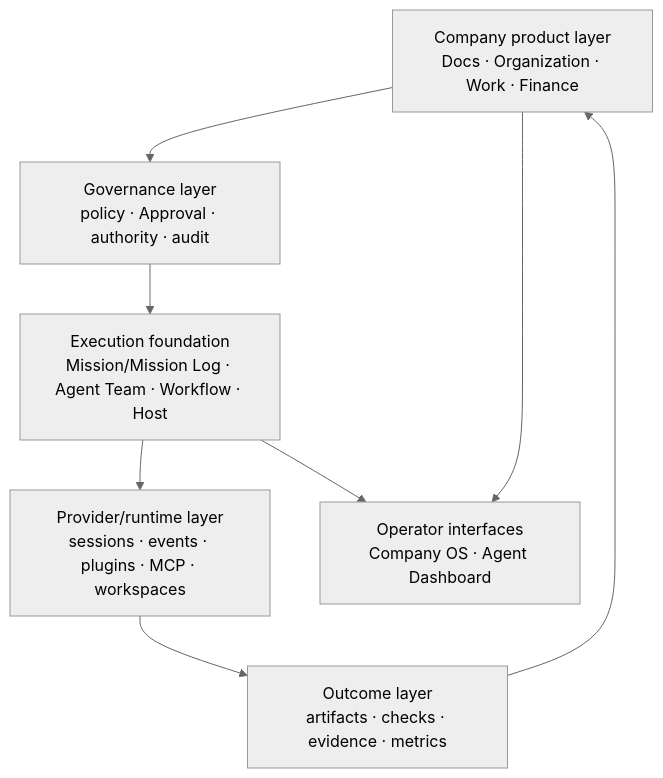
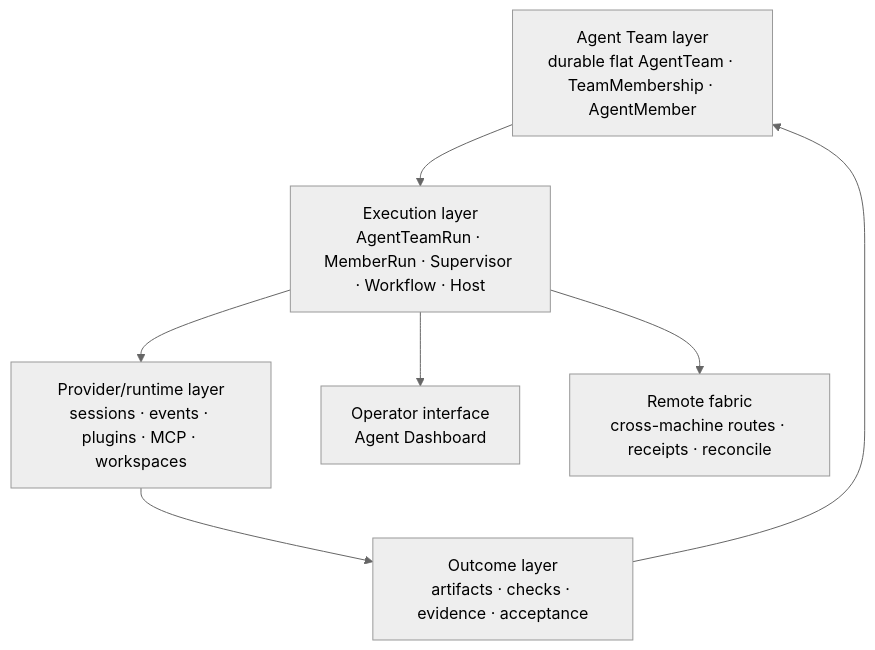
One commit to cyl19970726/multi-agent-harness changed the diagram in docs/current/architecture/design-basis.md. Above: the diagram before and after it, drawn with Mermaid (neutral theme). The commit also changed other lines of this file and 34 other files, not shown here.

First line of the commit message:
docs: finish the DOC-108 prose retirement across product, architecture, and operations docs

````diff
--- a/docs/current/architecture/design-basis.md
+++ b/docs/current/architecture/design-basis.md
@@ -43,17 +43,16 @@
 ```mermaid
 flowchart TD
-  Product["Company product layer<br/>Docs · Organization · Work · Finance"]
-  Governance["Governance layer<br/>policy · Approval · authority · audit"]
-  Execution["Execution foundation<br/>Mission/Mission Log · Agent Team · Workflow · Host"]
+  Teams["Agent Team layer<br/>durable flat AgentTeam · TeamMembership · AgentMember"]
+  Execution["Execution layer<br/>AgentTeamRun · MemberRun · Supervisor · Workflow · Host"]
   Runtime["Provider/runtime layer<br/>sessions · events · plugins · MCP · workspaces"]
-  Evidence["Outcome layer<br/>artifacts · checks · evidence · metrics"]
-  Interface["Operator interfaces<br/>Company OS · Agent Dashboard"]
+  Evidence["Outcome layer<br/>artifacts · checks · evidence · acceptance"]
+  Interface["Operator interface<br/>Agent Dashboard"]
+  Fabric["Remote fabric<br/>cross-machine routes · receipts · reconcile"]
 
-  Product --> Governance
-  Governance --> Execution
+  Teams --> Execution
   Execution --> Runtime
   Runtime --> Evidence
-  Evidence --> Product
-  Product --> Interface
+  Evidence --> Teams
   Execution --> Interface
+  Execution --> Fabric
 ```
````
